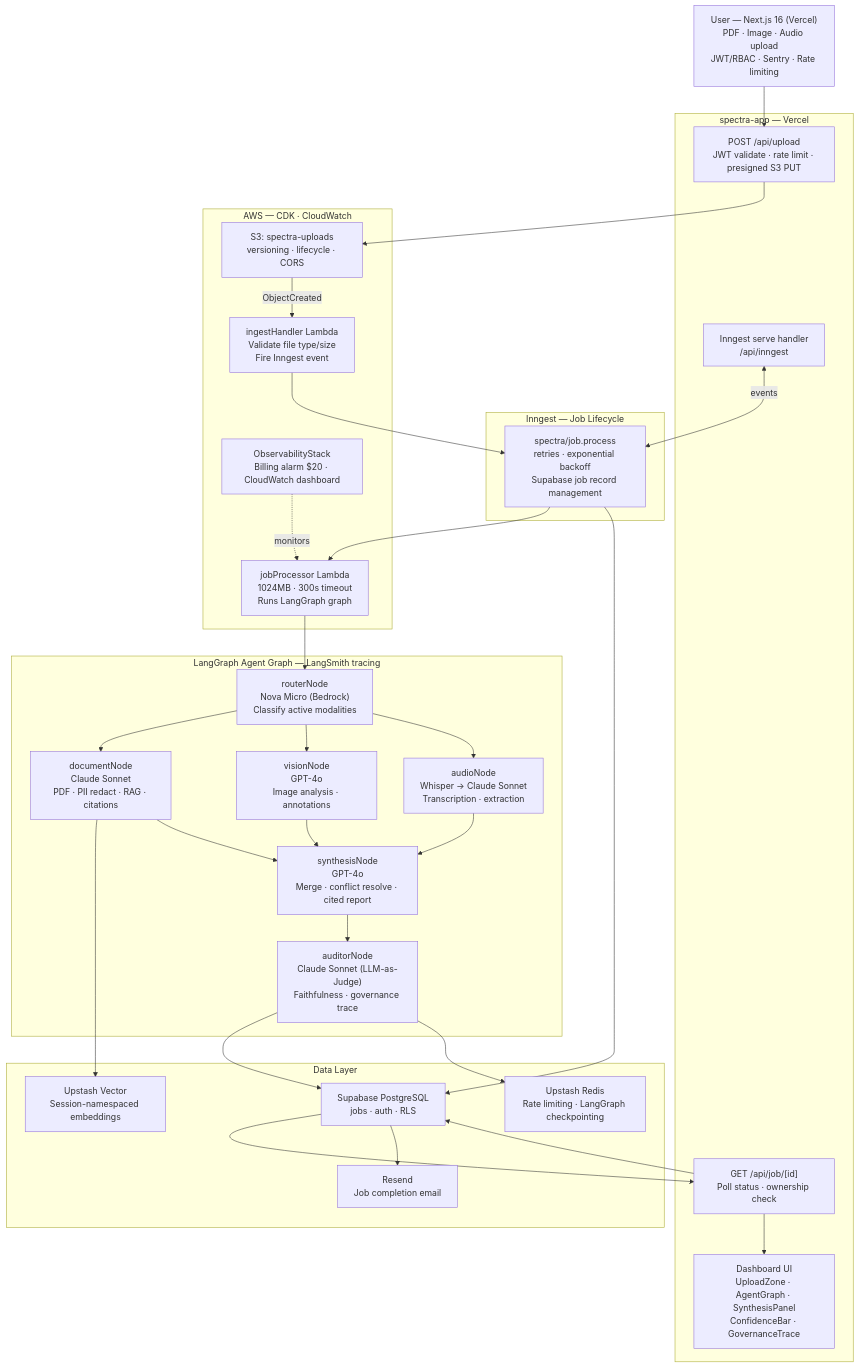
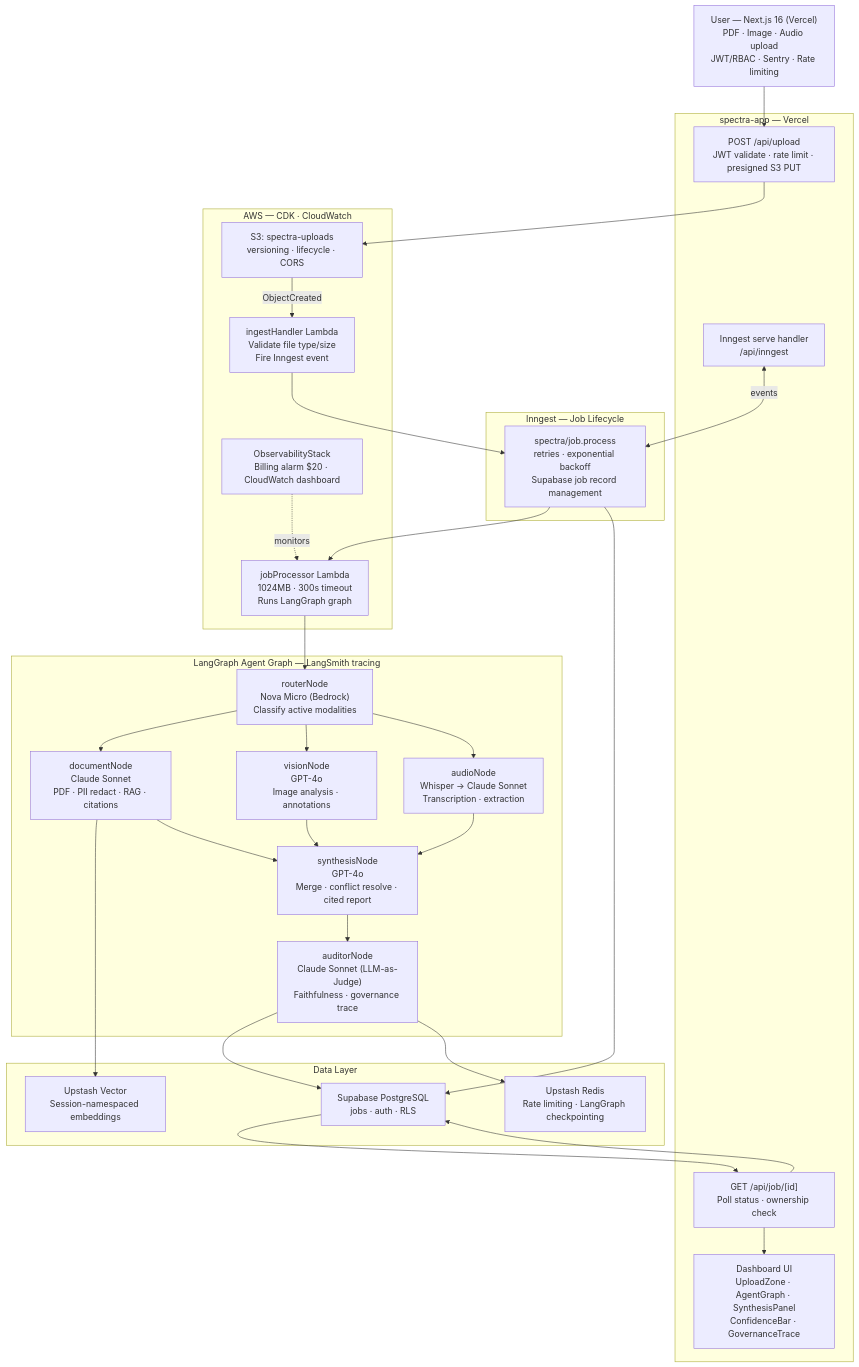
Before and after one commit to GeorgianaAI/spectra-ai: the first of 6 diagrams in ARCHITECTURE_FLOWS.md, drawn with Mermaid. The commit also changed other lines of this file and 3 other files, not shown here.

````diff
--- a/ARCHITECTURE_FLOWS.md
+++ b/ARCHITECTURE_FLOWS.md
@@ -36,62 +36,60 @@
 ```mermaid
 flowchart TD
     A["User — Next.js 16 (Vercel)\nPDF · Image · Audio upload\nJWT/RBAC · Sentry · Rate limiting"]
 
     subgraph FE ["spectra-app — Vercel"]
         FE1["POST /api/upload\nJWT validate · rate limit · presigned S3 PUT"]
         FE2["Inngest serve handler\n/api/inngest"]
         FE3["GET /api/job/[id]\nPoll status · ownership check"]
         FE4["Dashboard UI\nUploadZone · AgentGraph · SynthesisPanel\nConfidenceBar · GovernanceTrace"]
     end
 
     subgraph INNGEST ["Inngest — Job Lifecycle"]
         INN1["spectra/job.process\nretries · exponential backoff\nSupabase job record management"]
     end
 
     subgraph AWS ["AWS — CDK · CloudWatch"]
         S3["S3: spectra-uploads\nversioning · lifecycle · CORS"]
         INGEST["ingestHandler Lambda\nValidate file type/size\nFire Inngest event"]
         JOBPROC["jobProcessor Lambda\n1024MB · 300s timeout\nRuns LangGraph graph"]
         OBS["ObservabilityStack\nBilling alarm $20 · CloudWatch dashboard"]
     end
 
     subgraph GRAPH ["LangGraph Agent Graph — LangSmith tracing"]
         ROUTER["routerNode\nNova Micro (Bedrock)\nClassify active modalities"]
         DOC["documentNode\nClaude Sonnet\nPDF · PII redact · RAG · citations"]
         VIS["visionNode\nGPT-4o\nImage analysis · annotations"]
         AUD["audioNode\nWhisper → Claude Sonnet\nTranscription · extraction"]
         SYN["synthesisNode\nGPT-4o\nMerge · conflict resolve · cited report"]
         AUDIT["auditorNode\nClaude Sonnet (LLM-as-Judge)\nFaithfulness · governance trace"]
     end
 
     subgraph DATA ["Data Layer"]
         SUP["Supabase PostgreSQL\njobs · auth · RLS"]
         VEC["Upstash Vector\nSession-namespaced embeddings"]
         REDIS["Upstash Redis\nRate limiting · LangGraph checkpointing"]
-        RESEND["Resend\nJob completion email"]
     end
 
     A --> FE1
     FE1 --> S3
     S3 -->|ObjectCreated| INGEST
     INGEST --> INN1
     INN1 --> JOBPROC
     FE2 <-->|events| INN1
     FE3 --> SUP
 
     JOBPROC --> ROUTER
     ROUTER --> DOC & VIS & AUD
     DOC --> VEC
     DOC --> SYN
     VIS --> SYN
     AUD --> SYN
     SYN --> AUDIT
     AUDIT --> SUP
 
     INN1 --> SUP
     AUDIT --> REDIS
     OBS -.->|monitors| JOBPROC
     SUP --> FE3
     FE3 --> FE4
-    SUP --> RESEND
 ```
````
